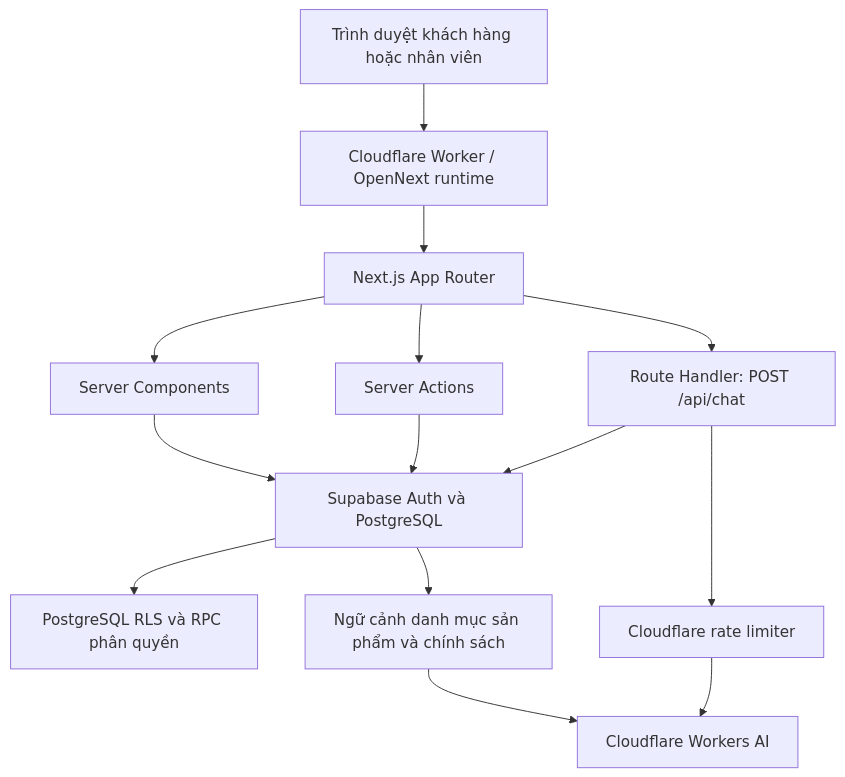
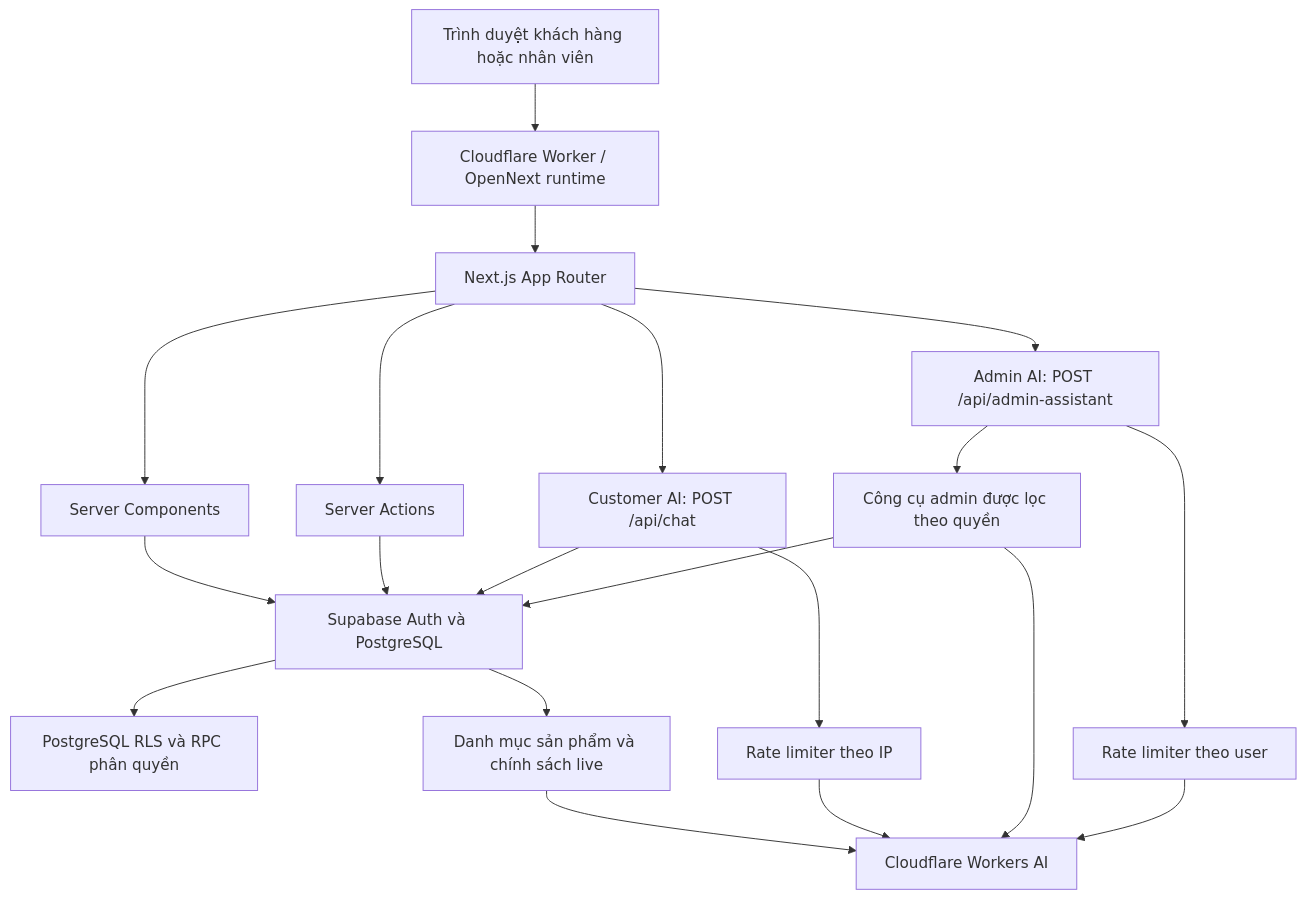
The first of 2 diagrams in README.vi.md (hoangvanpierre/Solenne), drawn with Mermaid before and after one commit. The commit also changed other lines of this file, not shown here.

````diff
--- a/README.vi.md
+++ b/README.vi.md
@@ -133,16 +140,22 @@
 ```mermaid
 flowchart TD
     A[Trình duyệt khách hàng hoặc nhân viên] --> B[Cloudflare Worker / OpenNext runtime]
     B --> C[Next.js App Router]
     C --> D[Server Components]
     C --> E[Server Actions]
-    C --> F["Route Handler: POST /api/chat"]
+    C --> F["Customer AI: POST /api/chat"]
+    C --> H["Admin AI: POST /api/admin-assistant"]
     D --> G[Supabase Auth và PostgreSQL]
     E --> G
-    G --> H[PostgreSQL RLS và RPC phân quyền]
+    G --> I[PostgreSQL RLS và RPC phân quyền]
     F --> G
-    G --> I[Ngữ cảnh danh mục sản phẩm và chính sách]
-    F --> J[Cloudflare rate limiter]
-    I --> K[Cloudflare Workers AI]
-    J --> K
+    G --> J[Danh mục sản phẩm và chính sách live]
+    F --> K[Rate limiter theo IP]
+    H --> L[Công cụ admin được lọc theo quyền]
+    L --> G
+    H --> M[Rate limiter theo user]
+    J --> N[Cloudflare Workers AI]
+    K --> N
+    L --> N
+    M --> N
 ```
````
